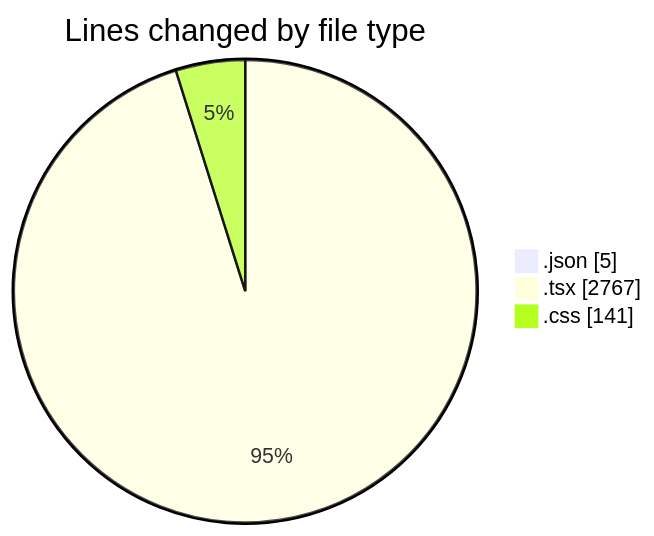
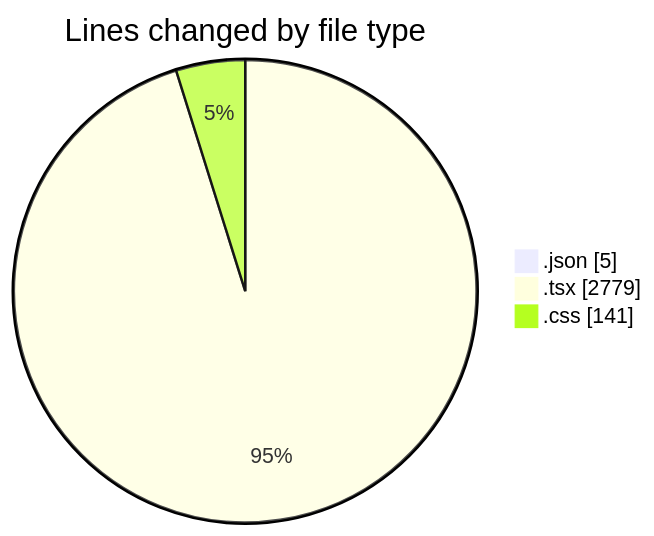
The first of 2 diagrams in 2025-05-29/advertise/README.md (Elitesun/code-tracking), drawn with Mermaid before and after one commit. The commit also changed other lines of this file and 1 other file, not shown here.

````diff
--- a/2025-05-29/advertise/README.md
+++ b/2025-05-29/advertise/README.md
@@ -27,7 +27,7 @@
 ```mermaid
 pie showData
 title Lines changed by file type
 ".json" : 5
-".tsx" : 2767
+".tsx" : 2779
 ".css" : 141
 ```
````
